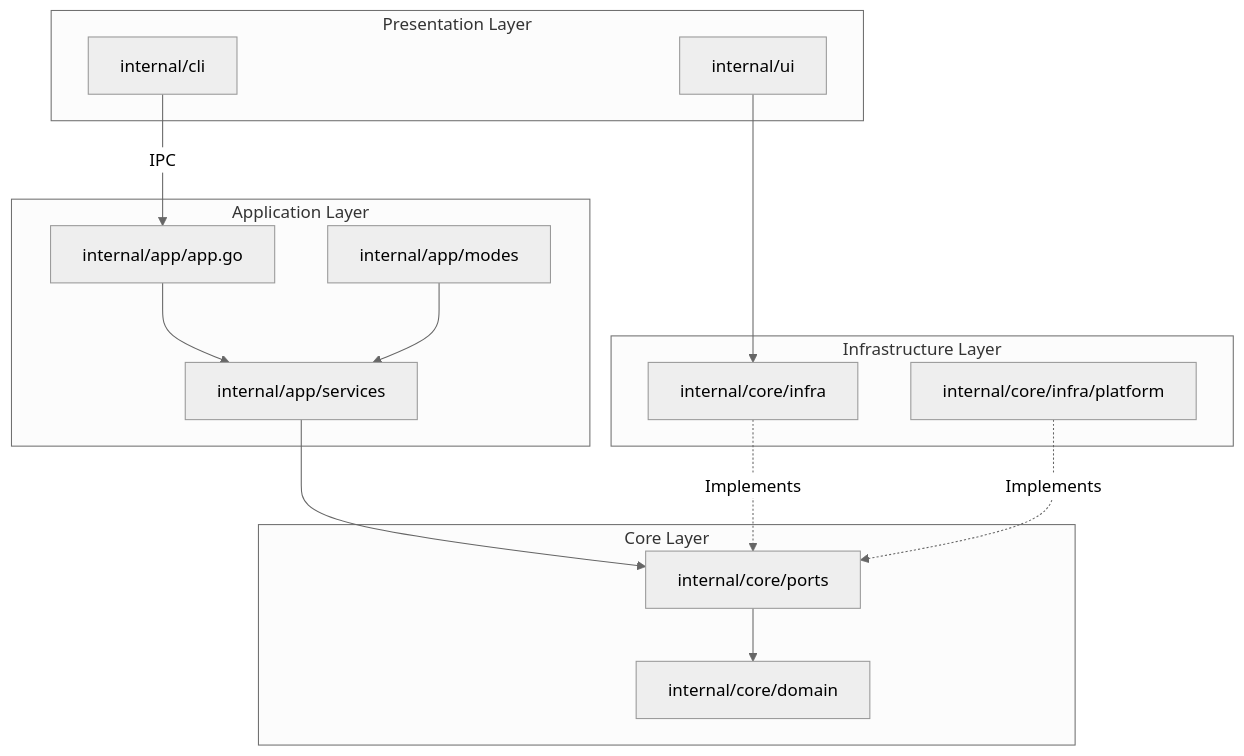
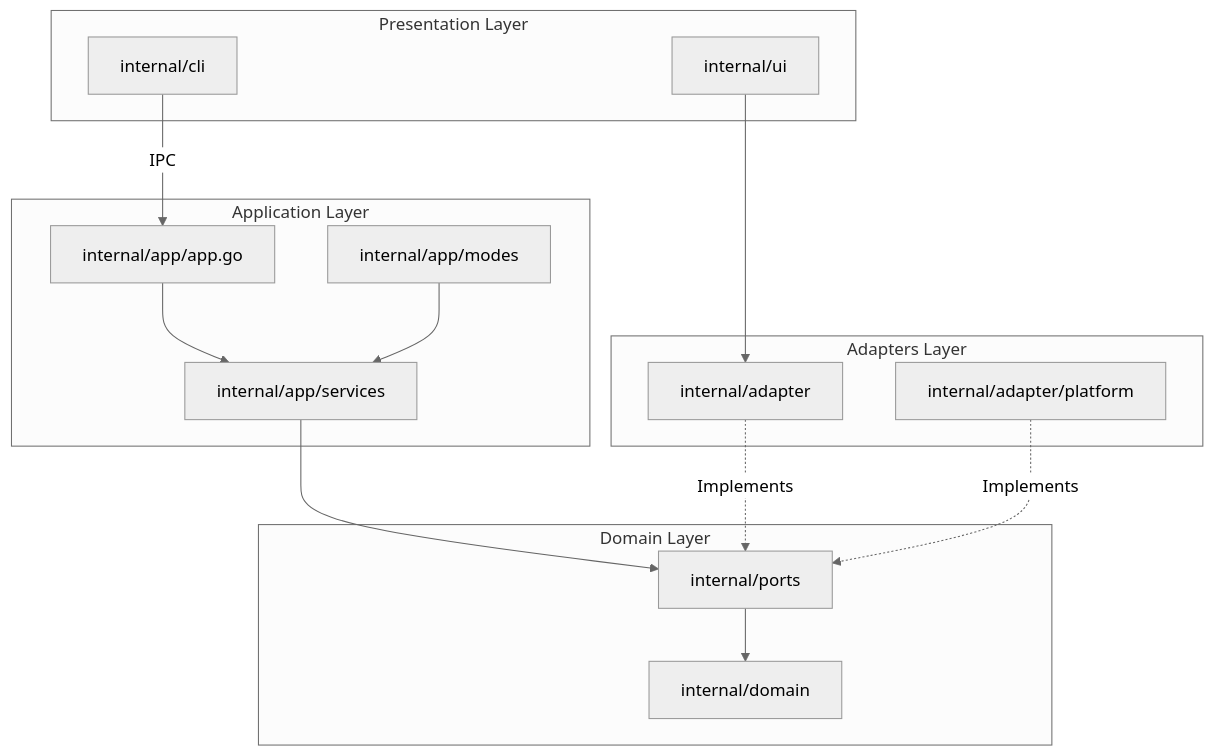
The first of 3 diagrams in docs/ARCHITECTURE.md (y3owk1n/neru), drawn with Mermaid (neutral theme) before and after one commit. The commit also changed other lines of this file and 1120 other files, not shown here.

````diff
--- a/docs/ARCHITECTURE.md
+++ b/docs/ARCHITECTURE.md
@@ -133,32 +133,32 @@
 ```mermaid
 graph TD
     subgraph "Presentation Layer"
         CLI[internal/cli]
         UI[internal/ui]
     end
 
     subgraph "Application Layer"
         App[internal/app/app.go]
         Modes[internal/app/modes]
         Services[internal/app/services]
     end
 
-    subgraph "Core Layer"
-        Ports[internal/core/ports]
-        Domain[internal/core/domain]
+    subgraph "Domain Layer"
+        Ports[internal/ports]
+        Domain[internal/domain]
     end
 
-    subgraph "Infrastructure Layer"
-        Infra[internal/core/infra]
-        Platform[internal/core/infra/platform]
+    subgraph "Adapters Layer"
+        Adapters[internal/adapter]
+        Platform[internal/adapter/platform]
     end
 
     CLI -->|IPC| App
     App --> Services
     Modes --> Services
     Services --> Ports
     Ports --> Domain
-    Infra -.->|Implements| Ports
+    Adapters -.->|Implements| Ports
     Platform -.->|Implements| Ports
-    UI --> Infra
+    UI --> Adapters
 ```
````
